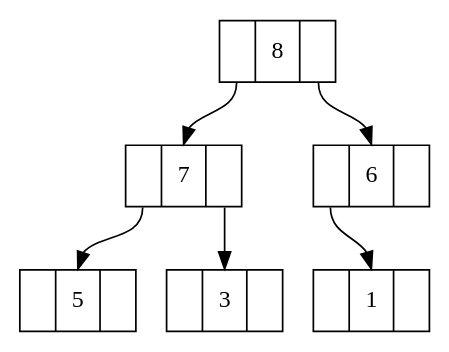
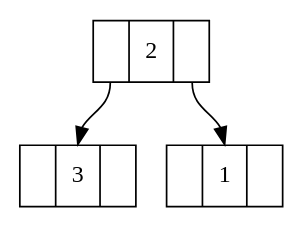
One commit to komarnickolas/CS-2420 changed the diagram in Assignment-11-Heaps/Documents/build_from_array.dot. Above: the diagram before and after it, drawn with Graphviz. The commit also changed 893 other files, not shown here.

```diff
--- a/Assignment-11-Heaps/Documents/build_from_array.dot
+++ b/Assignment-11-Heaps/Documents/build_from_array.dot
@@ -1,16 +1,10 @@
 digraph Heap {
 	node [shape=record]
-	node1 [label = "<f0> |<f1> 8|<f2> "]
+	node1 [label = "<f0> |<f1> 2|<f2> "]
 	node1:f0 -> node2:f1
 	node1:f2 -> node3:f1
-	node2 [label = "<f0> |<f1> 7|<f2> "]
-	node2:f0 -> node4:f1
-	node2:f2 -> node5:f1
-	node3 [label = "<f0> |<f1> 6|<f2> "]
-	node3:f0 -> node6:f1
-	node4 [label = "<f0> |<f1> 5|<f2> "]
-	node5 [label = "<f0> |<f1> 3|<f2> "]
-	node6 [label = "<f0> |<f1> 1|<f2> "]
+	node2 [label = "<f0> |<f1> 3|<f2> "]
+	node3 [label = "<f0> |<f1> 1|<f2> "]
 }
 //--------------------------------------------
 // Any other info you want to put about your heap
```
